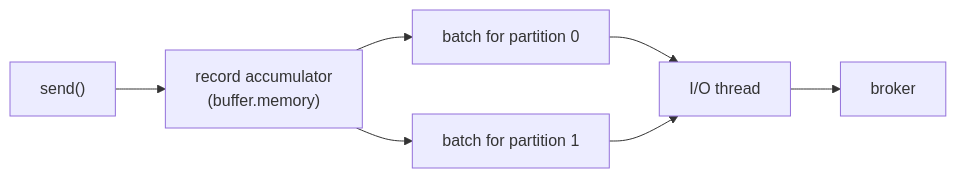
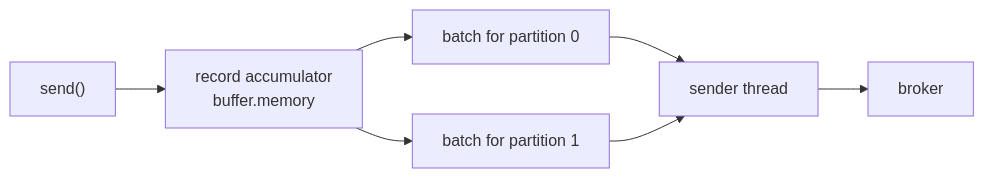
The diagram in lessons/12-batching-linger-compression.md (Dancan254/kafka-springboot), drawn with Mermaid before and after one commit. The commit also changed other lines of this file and 22 other files, not shown here.

````diff
--- a/lessons/12-batching-linger-compression.md
+++ b/lessons/12-batching-linger-compression.md
@@ -38,8 +38,9 @@
 ```mermaid
 flowchart LR
-    A["send()"] --> B["record accumulator<br/>(buffer.memory)"]
+    A["send()"] --> B["record accumulator<br/>buffer.memory"]
     B --> P0["batch for partition 0"]
     B --> P1["batch for partition 1"]
-    P0 & P1 --> IO["I/O thread"]
+    P0 --> IO["sender thread"]
+    P1 --> IO
     IO --> K["broker"]
 ```
````
